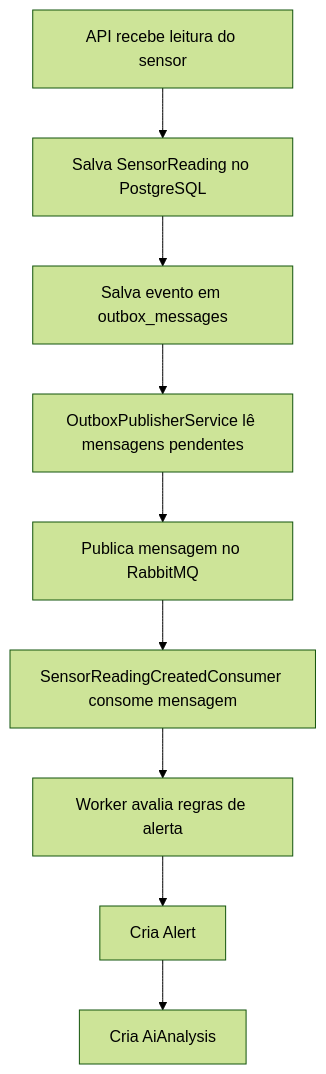
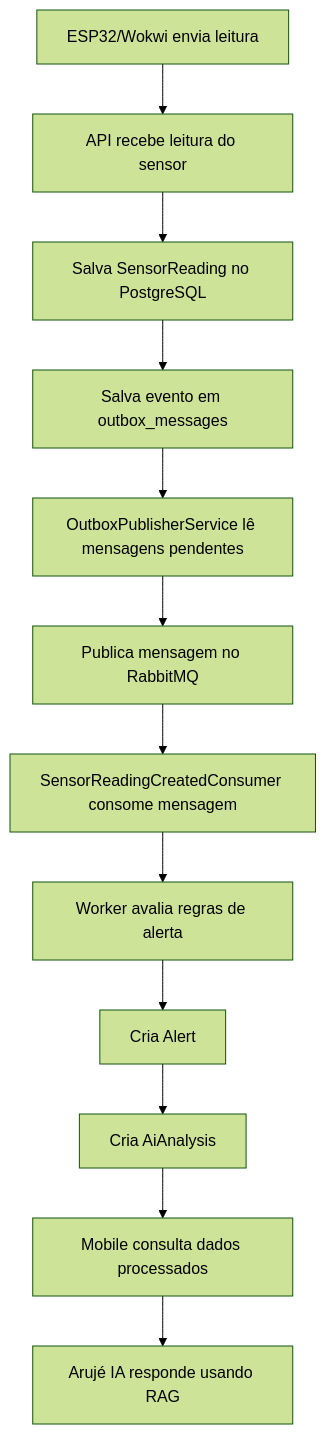
One commit to gugomesx10/ARUJE changed the diagram in README.md. Above: the diagram before and after it, drawn with Mermaid (forest theme). The commit also changed other lines of this file, not shown here.

````diff
--- a/README.md
+++ b/README.md
@@ -75,11 +198,14 @@
 ```mermaid
 flowchart TD
-    A[API recebe leitura do sensor] --> B[Salva SensorReading no PostgreSQL]
-    B --> C[Salva evento em outbox_messages]
-    C --> D[OutboxPublisherService lê mensagens pendentes]
-    D --> E[Publica mensagem no RabbitMQ]
-    E --> F[SensorReadingCreatedConsumer consome mensagem]
-    F --> G[Worker avalia regras de alerta]
-    G --> H[Cria Alert]
-    H --> I[Cria AiAnalysis]
+    A[ESP32/Wokwi envia leitura] --> B[API recebe leitura do sensor]
+    B --> C[Salva SensorReading no PostgreSQL]
+    C --> D[Salva evento em outbox_messages]
+    D --> E[OutboxPublisherService lê mensagens pendentes]
+    E --> F[Publica mensagem no RabbitMQ]
+    F --> G[SensorReadingCreatedConsumer consome mensagem]
+    G --> H[Worker avalia regras de alerta]
+    H --> I[Cria Alert]
+    I --> J[Cria AiAnalysis]
+    J --> K[Mobile consulta dados processados]
+    K --> L[Arujé IA responde usando RAG]
 ```
````
